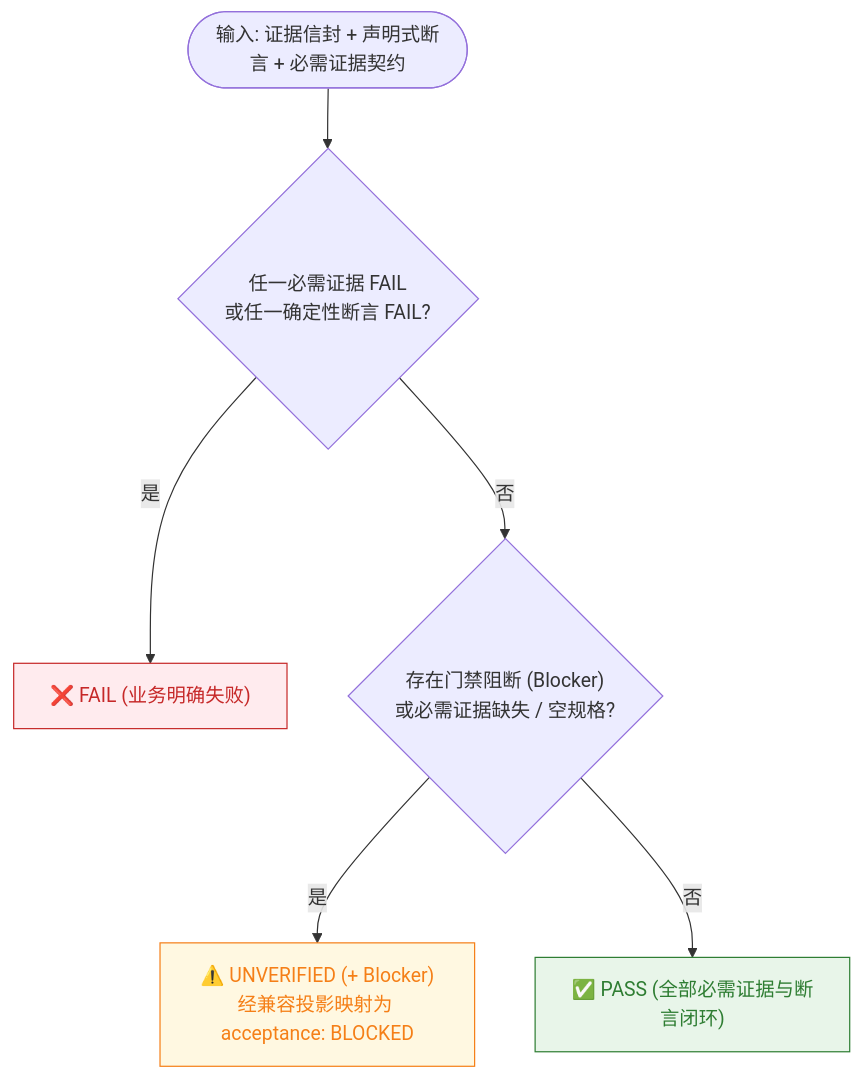
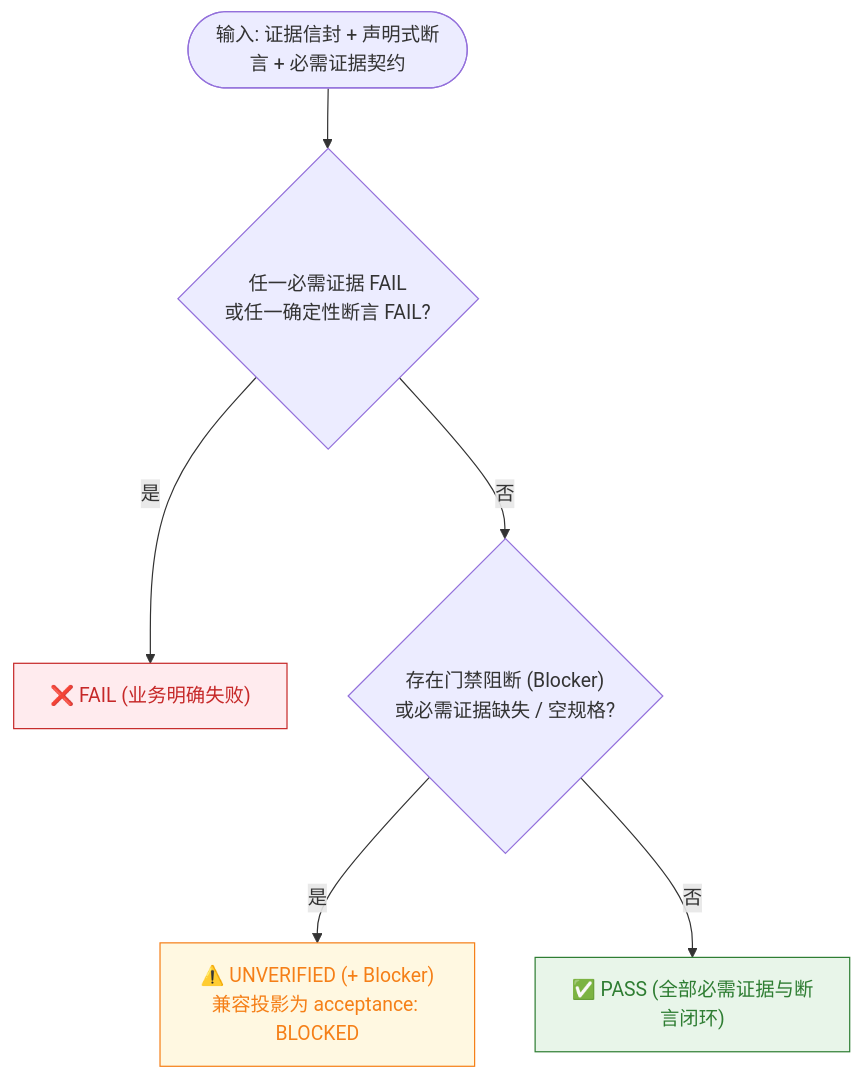
The second of 2 diagrams in README.md (CAoyinggo/panqu-Test-agent), drawn with Mermaid before and after one commit. The commit also changed other lines of this file and 28 other files, not shown here.

````diff
--- a/README.md
+++ b/README.md
@@ -112,12 +104,12 @@
 ```mermaid
 flowchart TD
     START(["输入: 证据信封 + 声明式断言 + 必需证据契约"]) --> CRIT{"任一必需证据 FAIL<br>或任一确定性断言 FAIL?"}
     CRIT -- 是 --> FAIL["❌ FAIL (业务明确失败)"]
     CRIT -- 否 --> BLOCK{"存在门禁阻断 (Blocker)<br>或必需证据缺失 / 空规格?"}
-    BLOCK -- 是 --> UNVER["⚠️ UNVERIFIED (+ Blocker)<br>经兼容投影映射为 acceptance: BLOCKED"]
+    BLOCK -- 是 --> UNVER["⚠️ UNVERIFIED (+ Blocker)<br>兼容投影为 acceptance: BLOCKED"]
     BLOCK -- 否 --> PASS["✅ PASS (全部必需证据与断言闭环)"]
 
     style FAIL fill:#ffebee,stroke:#c62828,color:#c62828
     style UNVER fill:#fff8e1,stroke:#f57f17,color:#f57f17
     style PASS fill:#e8f5e9,stroke:#2e7d32,color:#2e7d32
 ```
````
